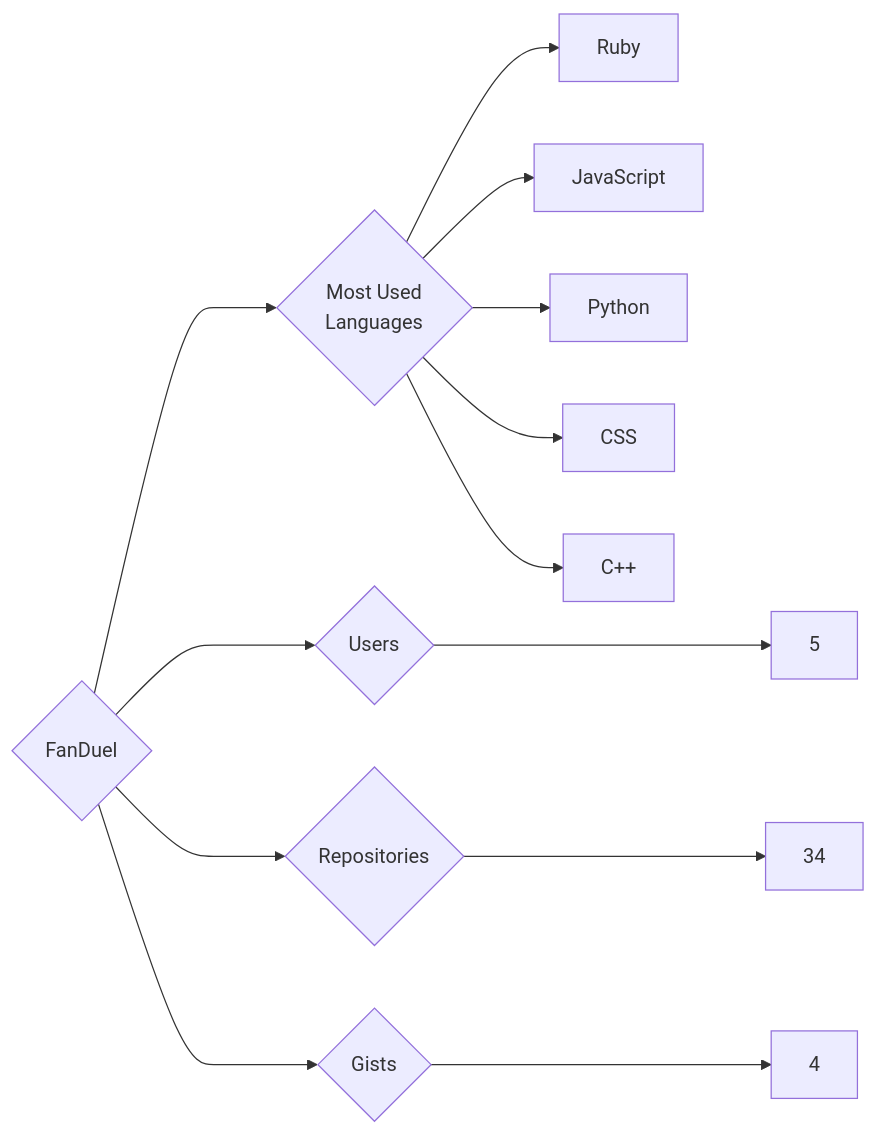
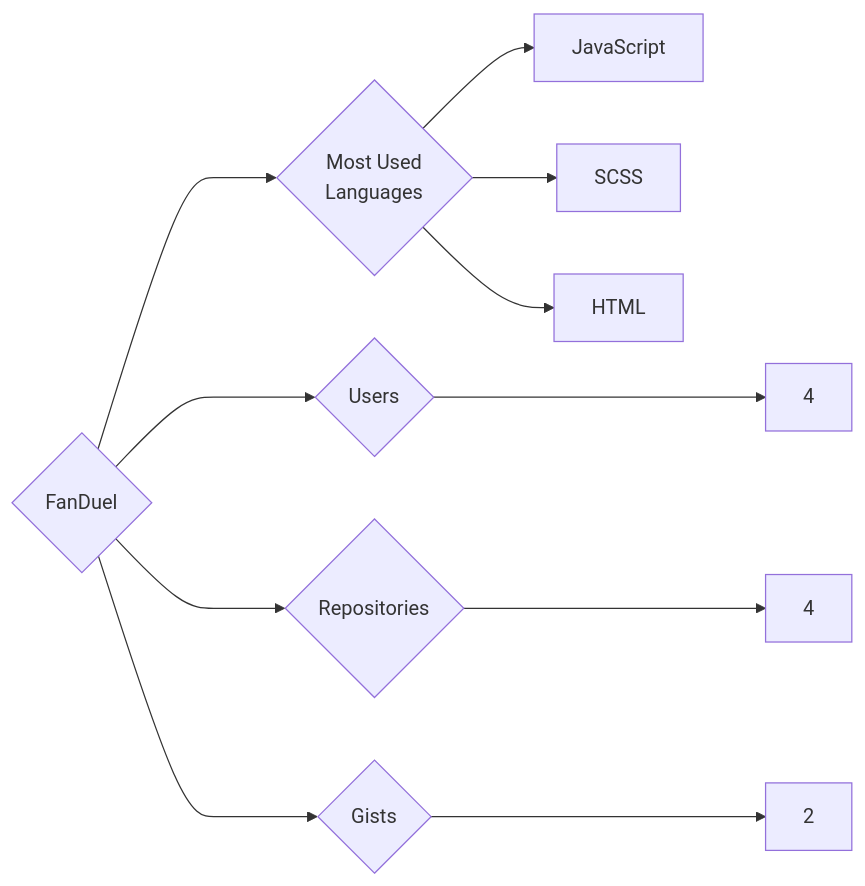
The diagram in targets/FanDuel/README.md (trickest/insiders), drawn with Mermaid before and after one commit. The commit also changed 1148 other files, not shown here.

````diff
--- a/targets/FanDuel/README.md
+++ b/targets/FanDuel/README.md
@@ -3,13 +3,11 @@
 ```mermaid
 graph LR
 COMPANY_NAME{FanDuel}
-COMPANY_NAME ---> U{Users} ---> UN[5]
-COMPANY_NAME ---> R{Repositories} ---> RN[34]
-COMPANY_NAME ---> G{Gists} ---> GN[4]
+COMPANY_NAME ---> U{Users} ---> UN[4]
+COMPANY_NAME ---> R{Repositories} ---> RN[4]
+COMPANY_NAME ---> G{Gists} ---> GN[2]
 COMPANY_NAME ---> ML{Most Used<br>Languages}
-ML --> Ruby[Ruby]
 ML --> JavaScript[JavaScript]
-ML --> Python[Python]
-ML --> CSS[CSS]
-ML --> C++[C++]
+ML --> SCSS[SCSS]
+ML --> HTML[HTML]
 ```
````
